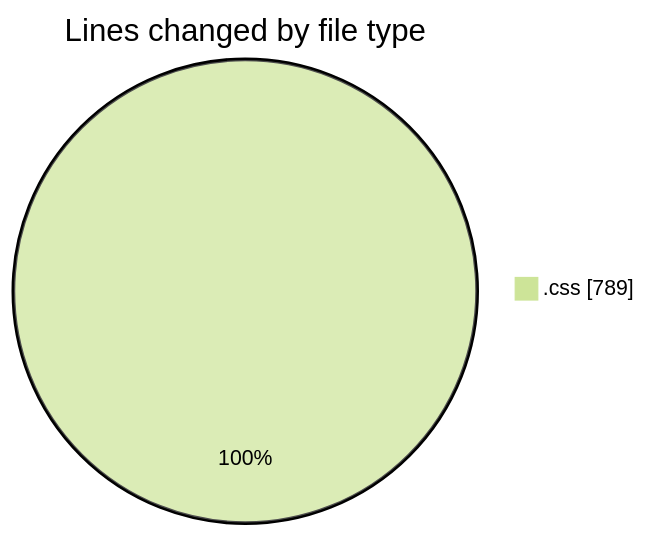
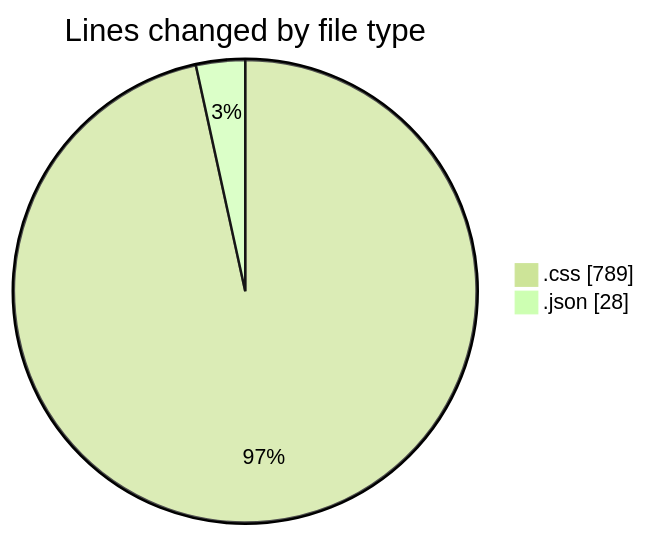
Before and after one commit to becaeroporto-bot/code-tracking: the first of 2 diagrams in 2026-02-18/bot_v1_2/README.md, drawn with Mermaid (forest theme). The commit also changed other lines of this file and 1 other file, not shown here.

````diff
--- a/2026-02-18/bot_v1_2/README.md
+++ b/2026-02-18/bot_v1_2/README.md
@@ -20,5 +21,6 @@
 ```mermaid
 pie showData
 title Lines changed by file type
 ".css" : 789
+".json" : 28
 ```
````
